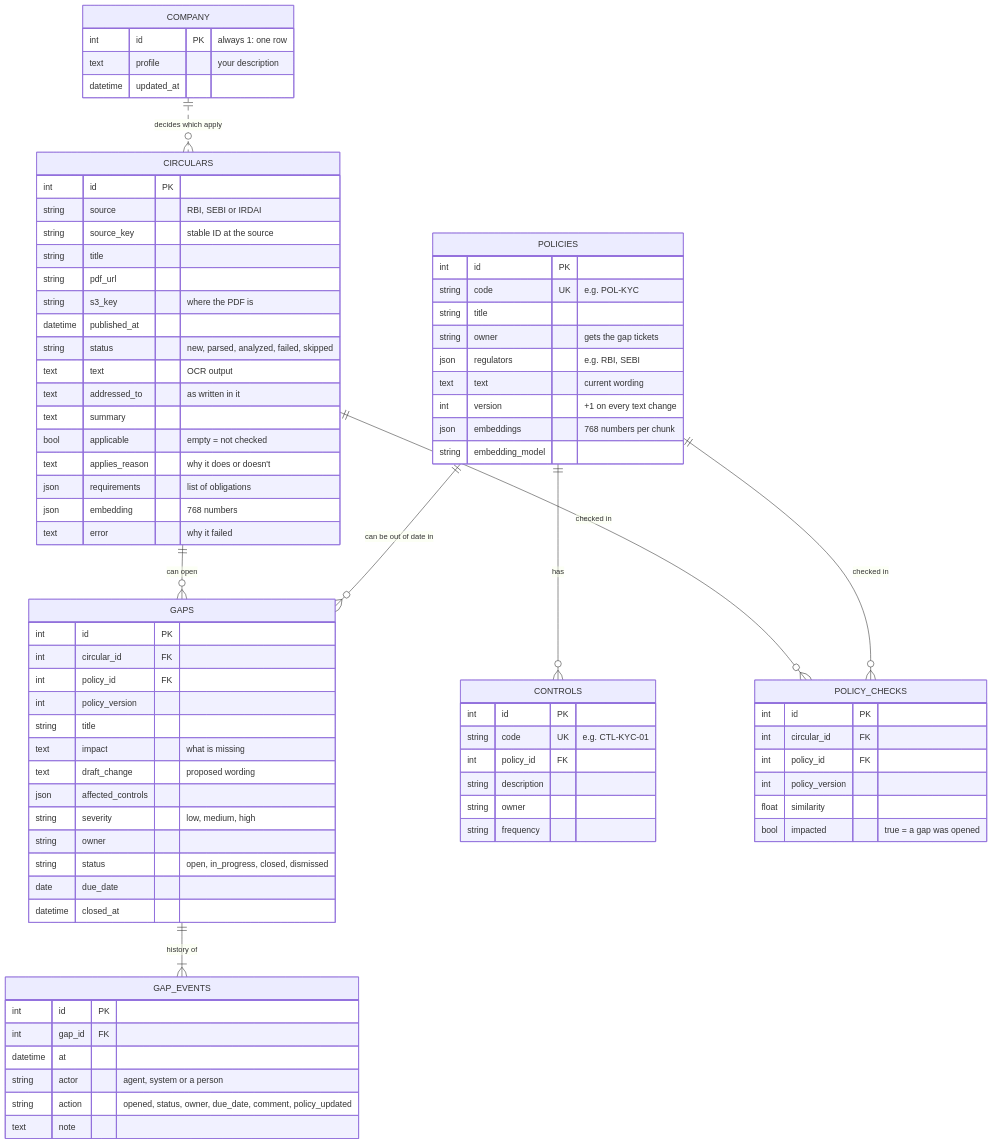
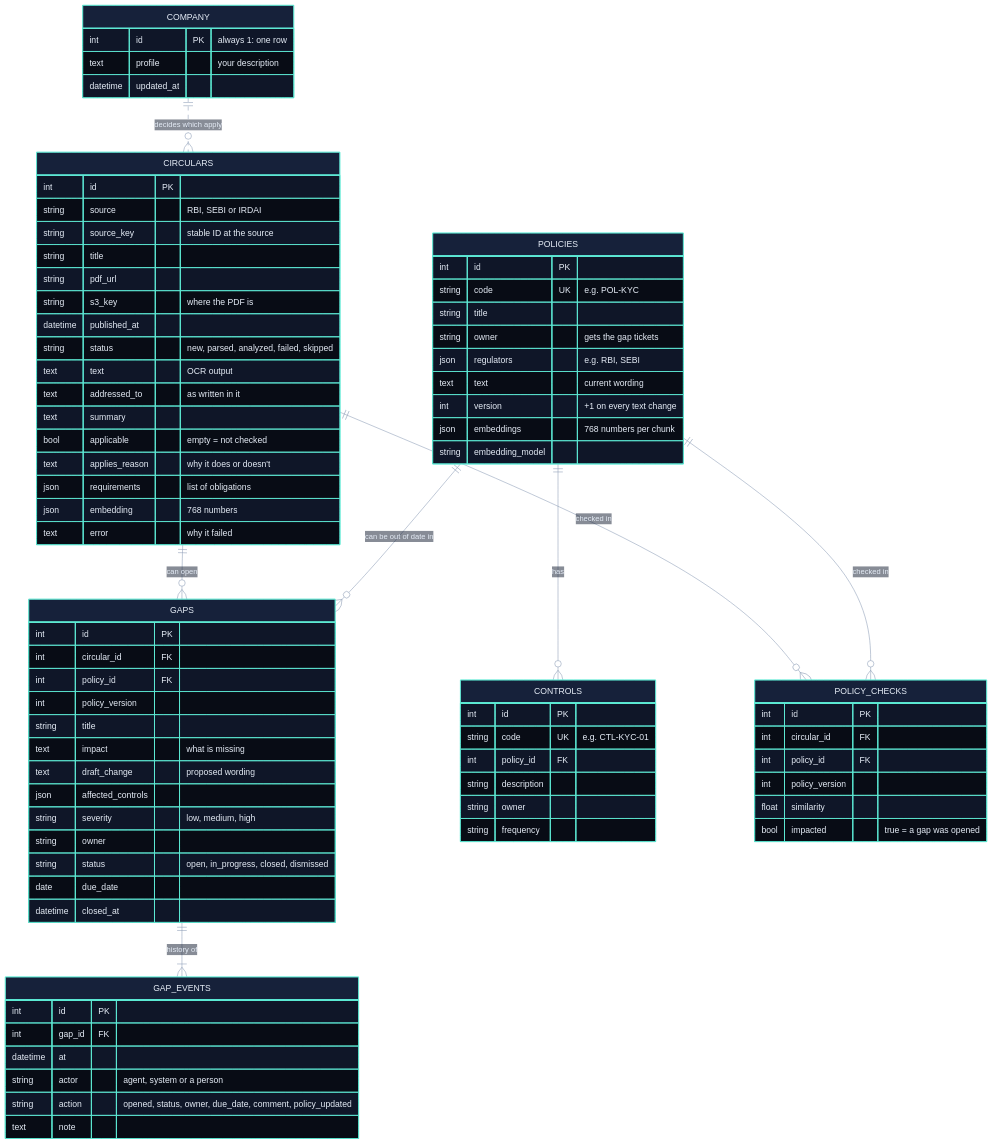
Before and after one commit to selvakumarperumal/Regulatory_Circular_Impact_Agent: diagram 15 of 21 in how_it_works.md, drawn with Mermaid. The commit also changed other lines of this file and 1 other file, not shown here.

````diff
--- a/how_it_works.md
+++ b/how_it_works.md
@@ -648,4 +844,5 @@
 ```mermaid
+%%{init: {"theme": "base", "themeVariables": {"darkMode": true, "primaryColor": "#16213a", "primaryTextColor": "#e6edf7", "primaryBorderColor": "#5eead4", "lineColor": "#8b9bb4", "secondaryColor": "#1b2436", "tertiaryColor": "#101a2e", "edgeLabelBackground": "#0f172a", "textColor": "#e2e8f0", "attributeBackgroundColorOdd": "#111a2c", "attributeBackgroundColorEven": "#162136"}}}%%
 erDiagram
     CIRCULARS ||--o{ GAPS : "can open"
     POLICIES ||--o{ GAPS : "can be out of date in"
````
